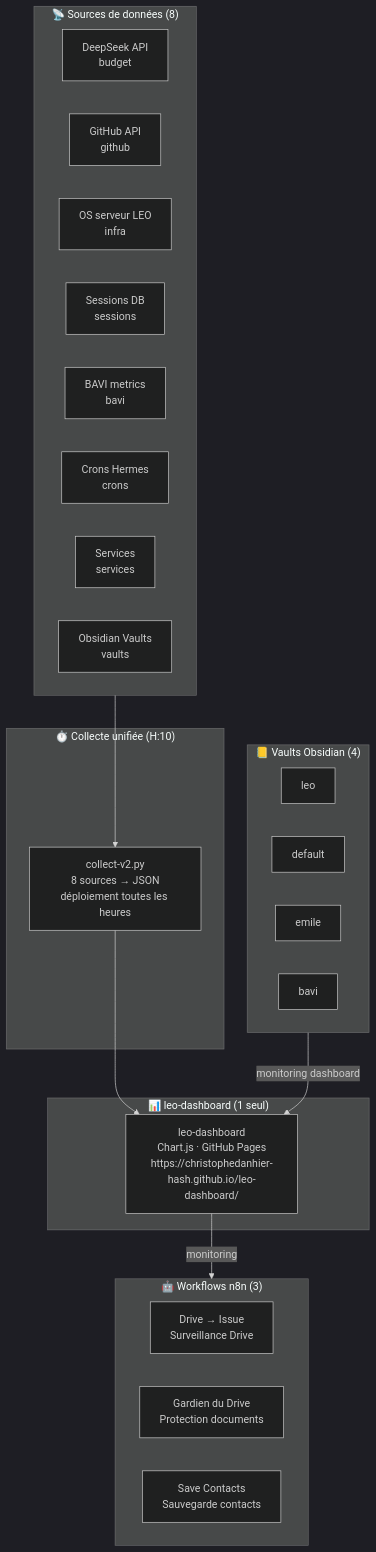
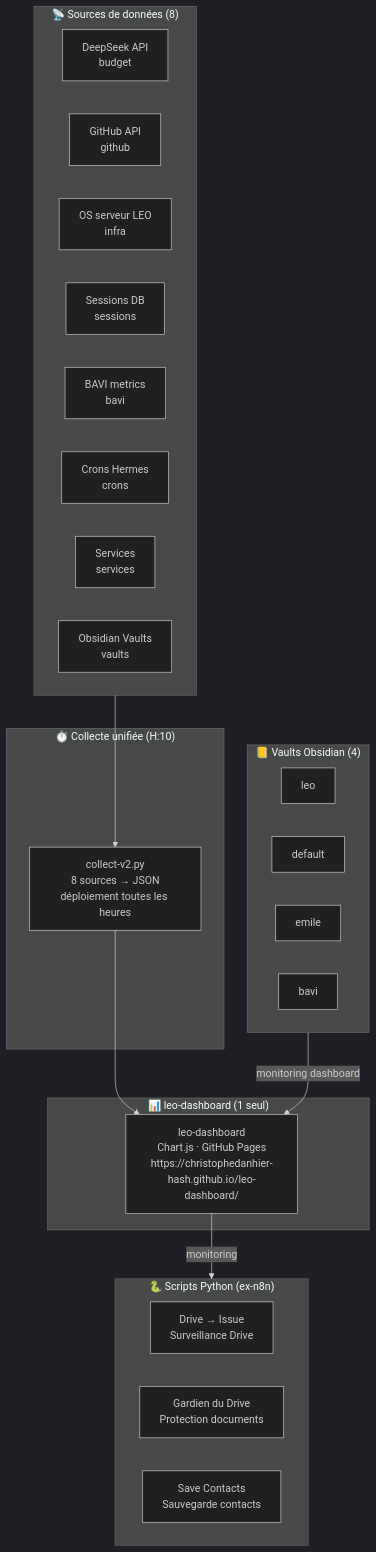
The diagram in docs/hermes/utilisation/architecture-leo.md (christophedanhier-hash/hermes-wiki), drawn with Mermaid (dark theme) before and after one commit. The commit also changed other lines of this file and 15 other files, not shown here.

````diff
--- a/docs/hermes/utilisation/architecture-leo.md
+++ b/docs/hermes/utilisation/architecture-leo.md
@@ -11,39 +11,39 @@
 ```mermaid
 flowchart TB
     subgraph Sources["📡 Sources de données (8)"]
         DS["DeepSeek API<br/>budget"]
         GH_API["GitHub API<br/>github"]
         OS["OS serveur LEO<br/>infra"]
         SESS["Sessions DB<br/>sessions"]
         BAVI_M["BAVI metrics<br/>bavi"]
         CRONS_M["Crons Hermes<br/>crons"]
         SVCS["Services<br/>services"]
         VAULTS["Obsidian Vaults<br/>vaults"]
     end
 
     subgraph Collecte["⏱️ Collecte unifiée (H:10)"]
         COLLECT["collect-v2.py<br/>8 sources → JSON<br/>déploiement toutes les heures"]
     end
 
     subgraph Dashboard["📊 leo-dashboard (1 seul)"]
         DASH["leo-dashboard<br/>Chart.js · GitHub Pages<br/>https://christophedanhier-hash.github.io/leo-dashboard/"]
     end
 
-    subgraph n8n["🤖 Workflows n8n (3)"]
+    subgraph scripts["🐍 Scripts Python (ex-n8n)"]
         DRIVE_ISSUE["Drive → Issue<br/>Surveillance Drive"]
         GARDIEN["Gardien du Drive<br/>Protection documents"]
         SAVE_CONTACTS["Save Contacts<br/>Sauvegarde contacts"]
     end
 
     subgraph Vaults["📒 Vaults Obsidian (4)"]
         LEO_VAULT["leo"]
         DEFAULT_VAULT["default"]
         EMILE_VAULT["emile"]
         BAVI_VAULT["bavi"]
     end
 
     Sources --> COLLECT
     COLLECT --> DASH
-    DASH -->|monitoring| n8n
+    DASH -->|monitoring| scripts
     Vaults -->|monitoring dashboard| DASH
 ```
````
